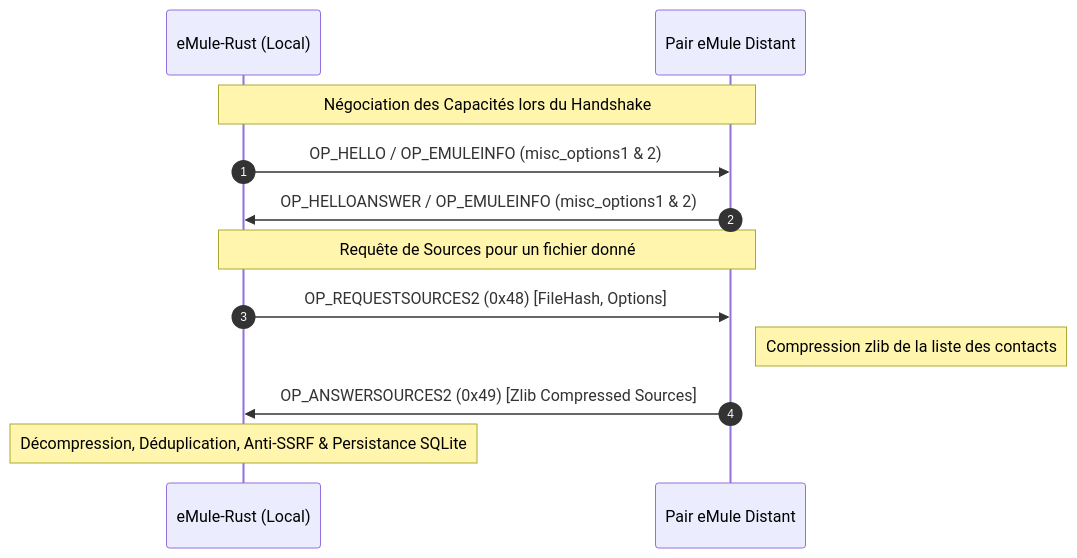
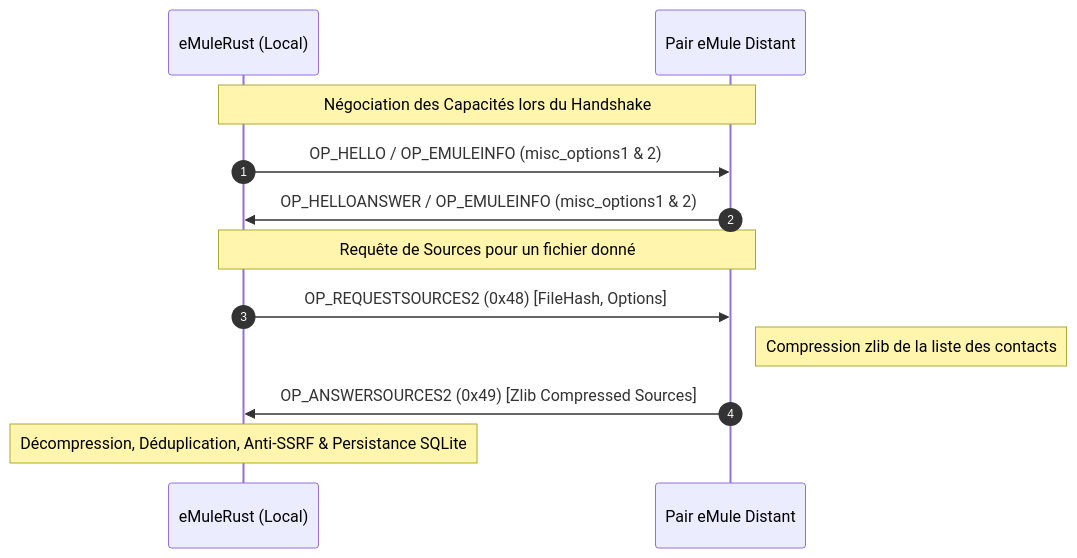
The diagram in docs/walkthroughs/walkthrough_Phase_13.md (laurentgeynet-ux/eMule-Rust), drawn with Mermaid before and after one commit. The commit also changed other lines of this file and 173 other files, not shown here.

First line of the commit message:
chore: rebrand eMuleRust + préparation du dépôt GitHub

````diff
--- a/docs/walkthroughs/walkthrough_Phase_13.md
+++ b/docs/walkthroughs/walkthrough_Phase_13.md
@@ -12,16 +12,16 @@
 ```mermaid
 sequenceDiagram
     autonumber
-    participant NotreClient as eMule-Rust (Local)
+    participant NotreClient as eMuleRust (Local)
     participant Peer as Pair eMule Distant
 
     Note over NotreClient,Peer: Négociation des Capacités lors du Handshake
     NotreClient->>Peer: OP_HELLO / OP_EMULEINFO (misc_options1 & 2)
     Peer->>NotreClient: OP_HELLOANSWER / OP_EMULEINFO (misc_options1 & 2)
 
     Note over NotreClient,Peer: Requête de Sources pour un fichier donné
     NotreClient->>Peer: OP_REQUESTSOURCES2 (0x48) [FileHash, Options]
     Note right of Peer: Compression zlib de la liste des contacts
     Peer->>NotreClient: OP_ANSWERSOURCES2 (0x49) [Zlib Compressed Sources]
     Note over NotreClient: Décompression, Déduplication, Anti-SSRF & Persistance SQLite
 ```
````
